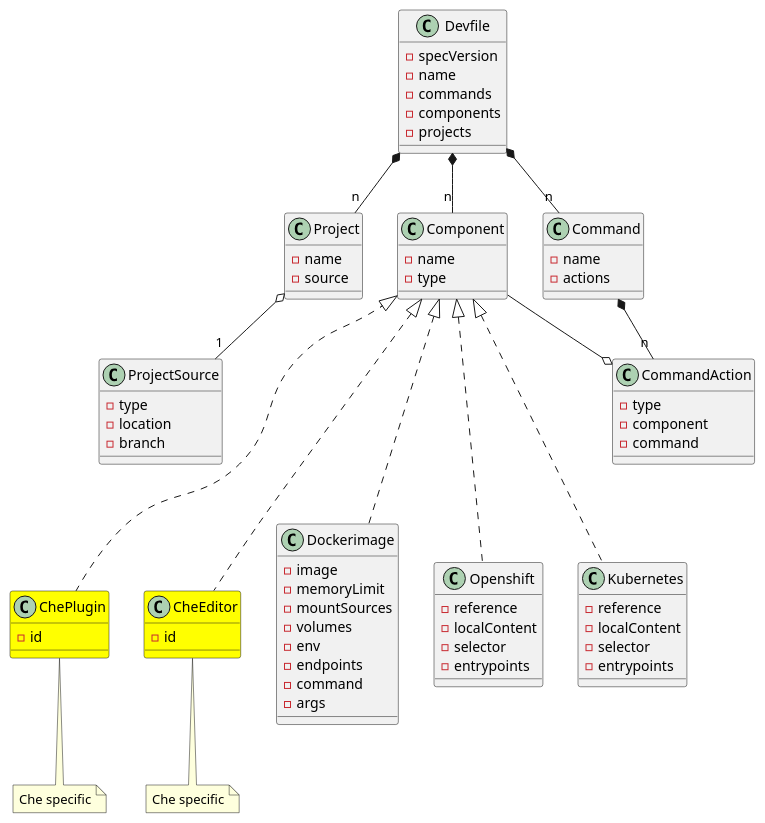
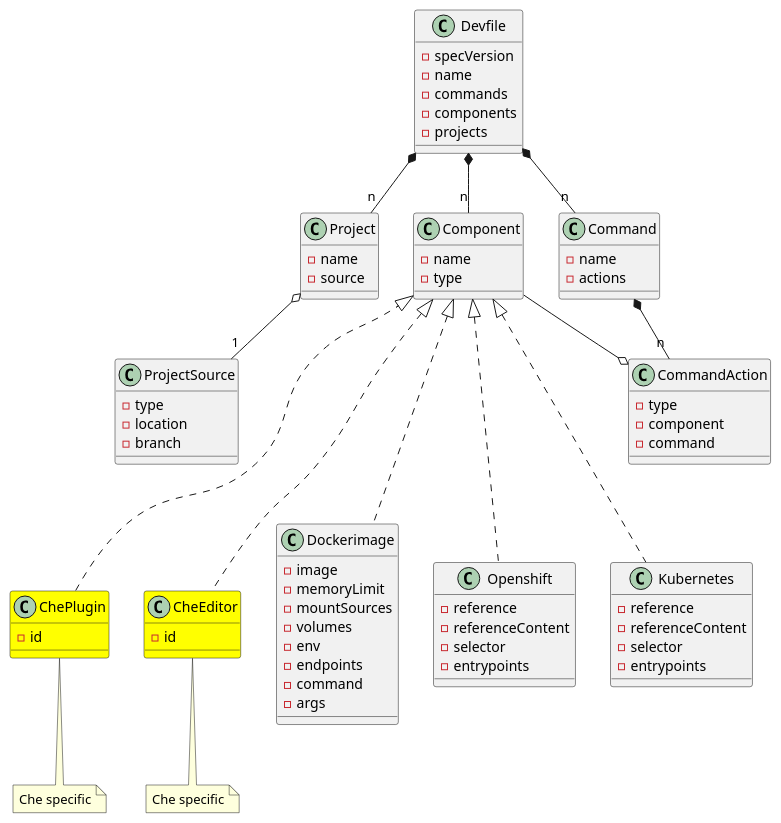
Before and after one commit to redhat-developer/devfile: the diagram in devfile_next.plantuml, drawn with PlantUML. The commit also changed 4 other files, not shown here.

Commit message:
Change fields local and localContent to reference and referenceContent in docs and examples

```diff
--- a/devfile_next.plantuml
+++ b/devfile_next.plantuml
@@ -1,102 +1,102 @@
 @startuml devfile_next
 
 class Devfile {
   - specVersion
   - name
   - commands
   - components
   - projects
 }
 
 together {
   class Component
   class Command
   class Project
 }
 
 Devfile *-- "n" Component
 Devfile *-- "n" Command
 Devfile *-- "n" Project
 
 class Component {
     - name
     - type
 }
 
 
 Component <|-.. Dockerimage
 Component <|-.. Openshift
 Component <|-.. Kubernetes
 Component <|-.. ChePlugin
 Component <|-.. CheEditor
 
 class Command {
   - name
   - actions
 }
 
 Command *-- "n" CommandAction
 CommandAction o-- Component
 
 class CommandAction {
   - type
   - component
   - command
 }
 
 class Project {
   - name
   - source
 }
 
 Project o-- "1" ProjectSource
 
 class ProjectSource {
   - type
   - location
   - branch
 }
 
 Project -[hidden]> Component
 Component -[hidden]> Command
 ProjectSource -[hidden]> CommandAction
 
 class Dockerimage {
    - image
    - memoryLimit
    - mountSources
    - volumes
    - env
    - endpoints
    - command
    - args
 }
 
 class Openshift {
   - reference
-  - localContent
+  - referenceContent
   - selector
   - entrypoints
 }
 
 class Kubernetes {
   - reference
-  - localContent
+  - referenceContent
   - selector
   - entrypoints
 }
 
 class ChePlugin #yellow {
   - id
 }
 note bottom of ChePlugin: Che specific
 
 class CheEditor #yellow {
   - id
 }
 note bottom of CheEditor: Che specific
 
 ChePlugin -[hidden]> CheEditor
 CheEditor -[hidden]> Dockerimage
 
 @enduml
```
